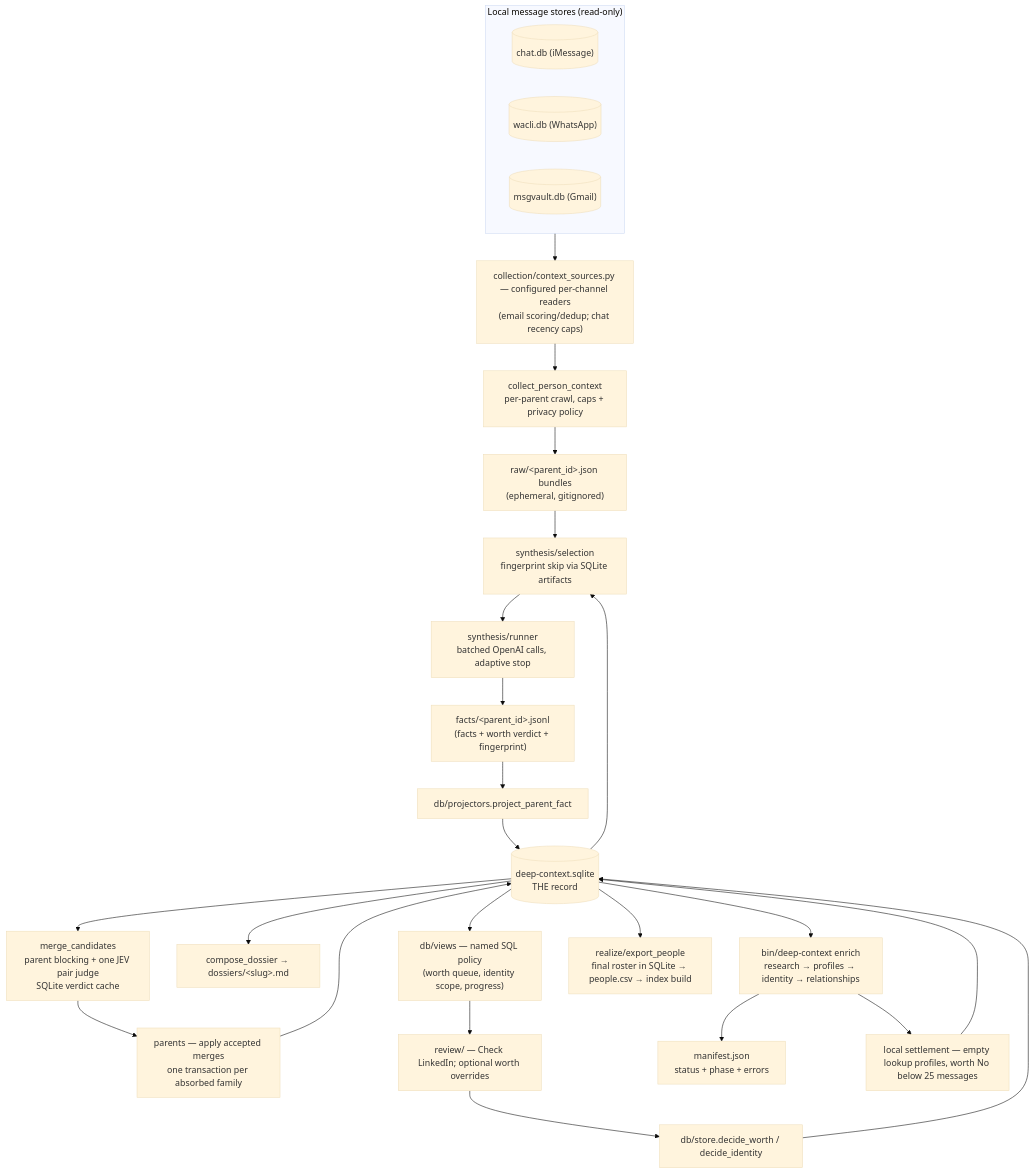
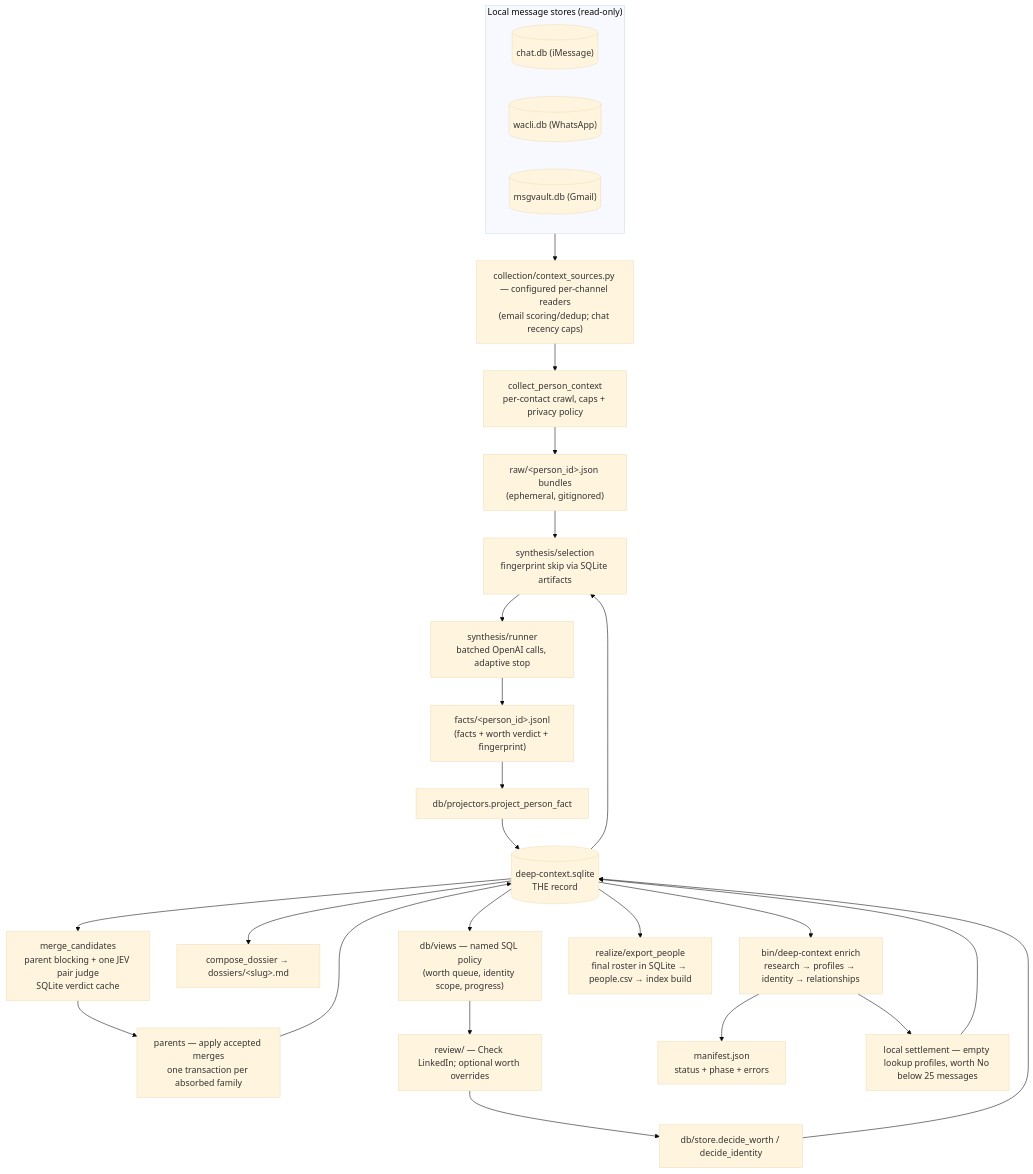
One commit to powerset-co/powerpacks changed the first of 3 diagrams in packs/ingestion/primitives/deep_context/README.md. Above: the diagram before and after it, drawn with Mermaid (base theme). The commit also changed other lines of this file and 48 other files, not shown here.

````diff
--- a/packs/ingestion/primitives/deep_context/README.md
+++ b/packs/ingestion/primitives/deep_context/README.md
@@ -40,36 +40,36 @@
 ```mermaid
 flowchart TD
   subgraph stores["Local message stores (read-only)"]
     chatdb[("chat.db (iMessage)")]
     waclidb[("wacli.db (WhatsApp)")]
     msgvaultdb[("msgvault.db (Gmail)")]
   end
 
   stores --> readers["collection/context_sources.py — configured per-channel readers\n(email scoring/dedup; chat recency caps)"]
-  readers --> collect["collect_person_context\nper-parent crawl, caps + privacy policy"]
-  collect --> bundles["raw/&lt;parent_id&gt;.json bundles\n(ephemeral, gitignored)"]
+  readers --> collect["collect_person_context\nper-contact crawl, caps + privacy policy"]
+  collect --> bundles["raw/&lt;person_id&gt;.json bundles\n(ephemeral, gitignored)"]
 
   bundles --> select["synthesis/selection\nfingerprint skip via SQLite artifacts"]
   sqlite[("deep-context.sqlite\nTHE record")] --> select
   select --> runner["synthesis/runner\nbatched OpenAI calls, adaptive stop"]
-  runner --> factsf["facts/&lt;parent_id&gt;.jsonl\n(facts + worth verdict + fingerprint)"]
-  factsf --> pfacts["db/projectors.project_parent_fact"]
+  runner --> factsf["facts/&lt;person_id&gt;.jsonl\n(facts + worth verdict + fingerprint)"]
+  factsf --> pfacts["db/projectors.project_person_fact"]
   pfacts --> sqlite
 
   sqlite --> cluster["merge_candidates\nparent blocking + one JEV pair judge\nSQLite verdict cache"]
   cluster --> parents["parents — apply accepted merges\none transaction per absorbed family"]
   parents --> sqlite
   sqlite --> dossier["compose_dossier → dossiers/&lt;slug&gt;.md"]
 
   sqlite --> views["db/views — named SQL policy\n(worth queue, identity scope, progress)"]
   views --> web["review/ — Check LinkedIn; optional worth overrides"]
   web --> decide["db/store.decide_worth / decide_identity"]
   decide --> sqlite
 
   sqlite --> research["bin/deep-context enrich\nresearch → profiles → identity → relationships"]
   research --> receipt["manifest.json\nstatus + phase + errors"]
   research --> settle["local settlement — empty lookup profiles, worth No below 25 messages"]
   settle --> sqlite
 
   sqlite --> realize["realize/export_people\nfinal roster in SQLite → people.csv → index build"]
 ```
````
